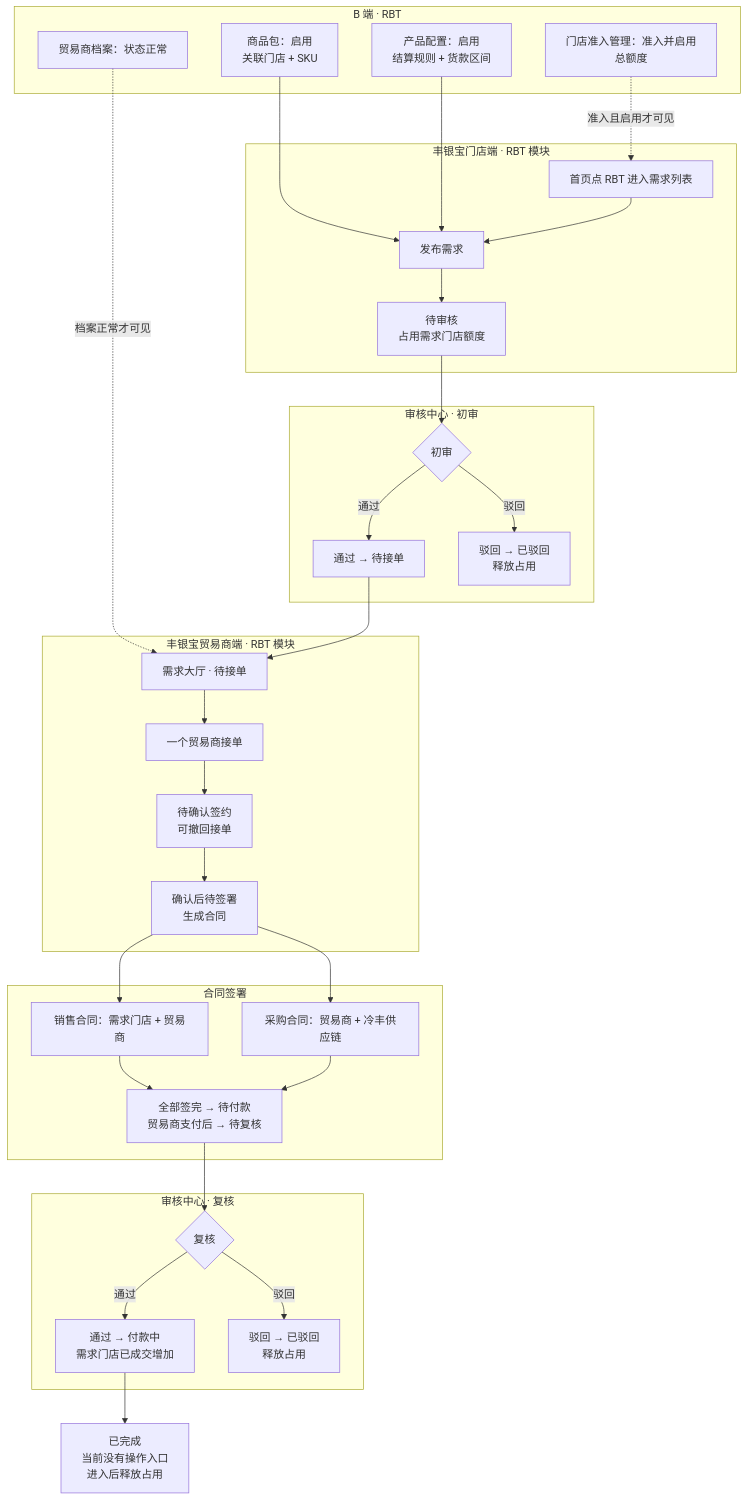
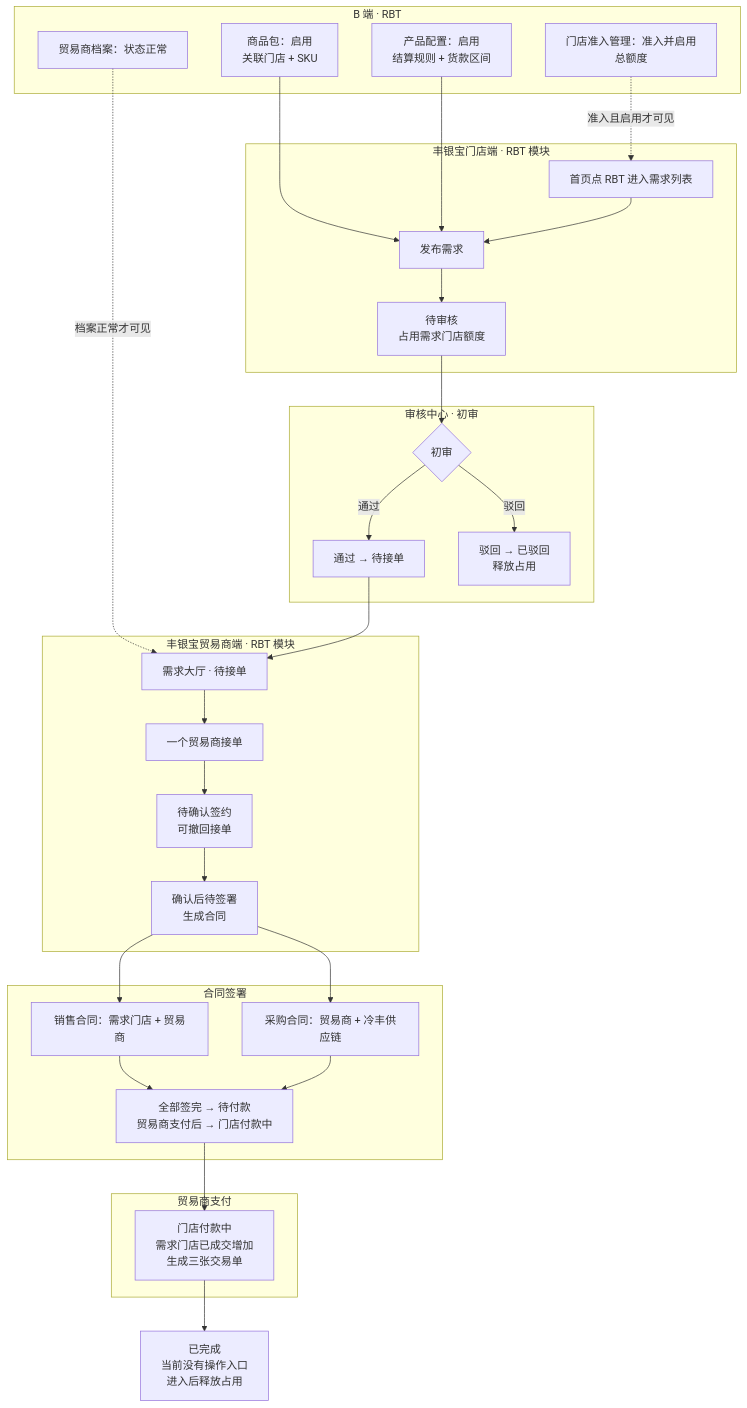
The first of 7 diagrams in RBT/docs/1-整体业务流程图.md (342-droid/LFerp), drawn with Mermaid before and after one commit. The commit also changed other lines of this file and 20 other files, not shown here.

````diff
--- a/RBT/docs/1-整体业务流程图.md
+++ b/RBT/docs/1-整体业务流程图.md
@@ -11,56 +13,52 @@
 ```mermaid
 flowchart TB
   subgraph B["B 端 · RBT"]
     A1[门店准入管理：准入并启用<br/>总额度]
     A2[商品包：启用<br/>关联门店 + SKU]
     A3[产品配置：启用<br/>结算规则 + 货款区间]
     A4[贸易商档案：状态正常]
   end
 
   subgraph STORE["丰银宝门店端 · RBT 模块"]
     B1[首页点 RBT 进入需求列表]
     B2[发布需求]
     B3[待审核<br/>占用需求门店额度]
   end
 
   subgraph AUD1["审核中心 · 初审"]
     C1{初审}
     C2[通过 → 待接单]
     C3[驳回 → 已驳回<br/>释放占用]
   end
 
   subgraph TRADER["丰银宝贸易商端 · RBT 模块"]
     D1[需求大厅 · 待接单]
     D2[一个贸易商接单]
     D2b[待确认签约<br/>可撤回接单]
     D3[确认后待签署<br/>生成合同]
   end
 
   subgraph SIGN["合同签署"]
     E2[销售合同：需求门店 + 贸易商]
     E3[采购合同：贸易商 + 冷丰供应链]
-    E4[全部签完 → 待付款<br/>贸易商支付后 → 待复核]
+    E4[全部签完 → 待付款<br/>贸易商支付后 → 门店付款中]
   end
 
-  subgraph AUD2["审核中心 · 复核"]
-    F1{复核}
-    F2[通过 → 付款中<br/>需求门店已成交增加]
-    F3[驳回 → 已驳回<br/>释放占用]
+  subgraph PAY["贸易商支付"]
+    F2[门店付款中<br/>需求门店已成交增加<br/>生成三张交易单]
   end
 
   A1 -.->|准入且启用才可见| B1
   A4 -.->|档案正常才可见| D1
   A2 --> B2
   A3 --> B2
   B1 --> B2 --> B3 --> C1
   C1 -->|通过| C2 --> D1 --> D2 --> D2b --> D3
   C1 -->|驳回| C3
   D3 --> E2
   D3 --> E3
   E2 --> E4
   E3 --> E4
-  E4 --> F1
-  F1 -->|通过| F2
-  F1 -->|驳回| F3
+  E4 --> F2
   F2 --> G1[已完成<br/>当前没有操作入口<br/>进入后释放占用]
 ```
````
